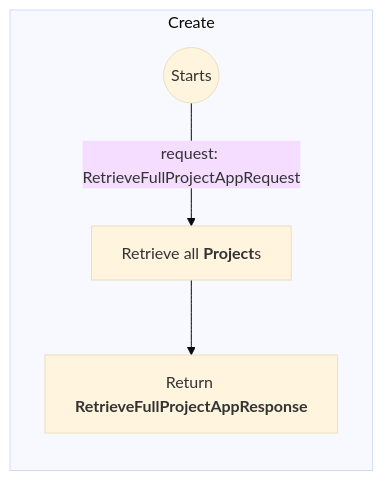
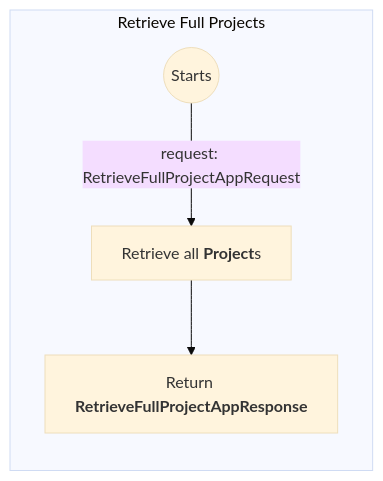
One commit to sdlfly2000/DomainBasedDesigner changed the second of 3 diagrams in AI/Actions/ProjectAppService.md. Above: the diagram before and after it, drawn with Mermaid (base theme). The commit also changed other lines of this file, not shown here.

````diff
--- a/AI/Actions/ProjectAppService.md
+++ b/AI/Actions/ProjectAppService.md
@@ -52,13 +53,13 @@
     ```mermaid
         graph TB
-            subgraph main [Create]
+            subgraph main [Retrieve Full Projects]
                 direction TB
                 start(("Start"s)) -->
 
                 %% {/* IProjectRepository.RetrieveFullProjects().ConfigureAwait(false) */} 
                 |request: RetrieveFullProjectAppRequest| retrieveAllProjects["`Retrieve all **Project**s`"] -->
 
                 %% {/* return new RetrieveFullProjectAppResponse(request.Id, projects, true, null)  */}
                 return["`Return **RetrieveFullProjectAppResponse**`"]
             end
     ```
````
